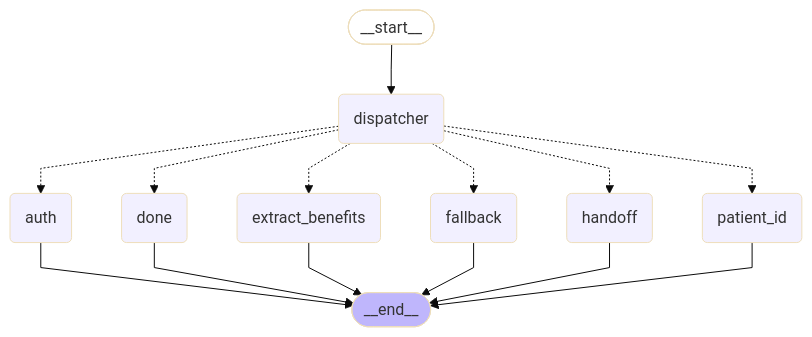
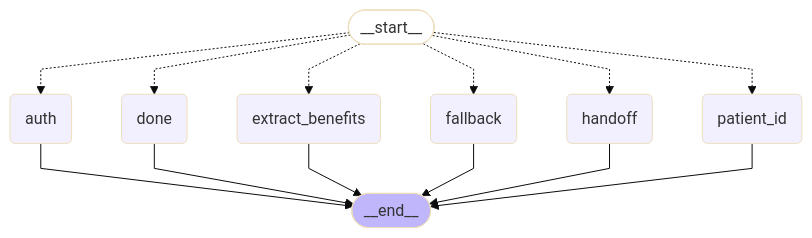
Before and after one commit to Deyashmukh/voiceadmin-learn: the diagram in docs/graph.mmd, drawn with Mermaid (base theme). The commit also changed 4 other files, not shown here.

```diff
--- a/docs/graph.mmd
+++ b/docs/graph.mmd
@@ -1,31 +1,29 @@
 ---
 config:
   flowchart:
     curve: linear
 ---
 graph TD;
 	__start__([<p>__start__</p>]):::first
-	dispatcher(dispatcher)
 	auth(auth)
 	patient_id(patient_id)
 	extract_benefits(extract_benefits)
 	handoff(handoff)
 	fallback(fallback)
 	done(done)
 	__end__([<p>__end__</p>]):::last
-	__start__ --> dispatcher;
-	dispatcher -.-> auth;
-	dispatcher -.-> done;
-	dispatcher -.-> extract_benefits;
-	dispatcher -.-> fallback;
-	dispatcher -.-> handoff;
-	dispatcher -.-> patient_id;
+	__start__ -.-> auth;
+	__start__ -.-> done;
+	__start__ -.-> extract_benefits;
+	__start__ -.-> fallback;
+	__start__ -.-> handoff;
+	__start__ -.-> patient_id;
 	auth --> __end__;
 	done --> __end__;
 	extract_benefits --> __end__;
 	fallback --> __end__;
 	handoff --> __end__;
 	patient_id --> __end__;
 	classDef default fill:#f2f0ff,line-height:1.2
 	classDef first fill-opacity:0
 	classDef last fill:#bfb6fc
```
